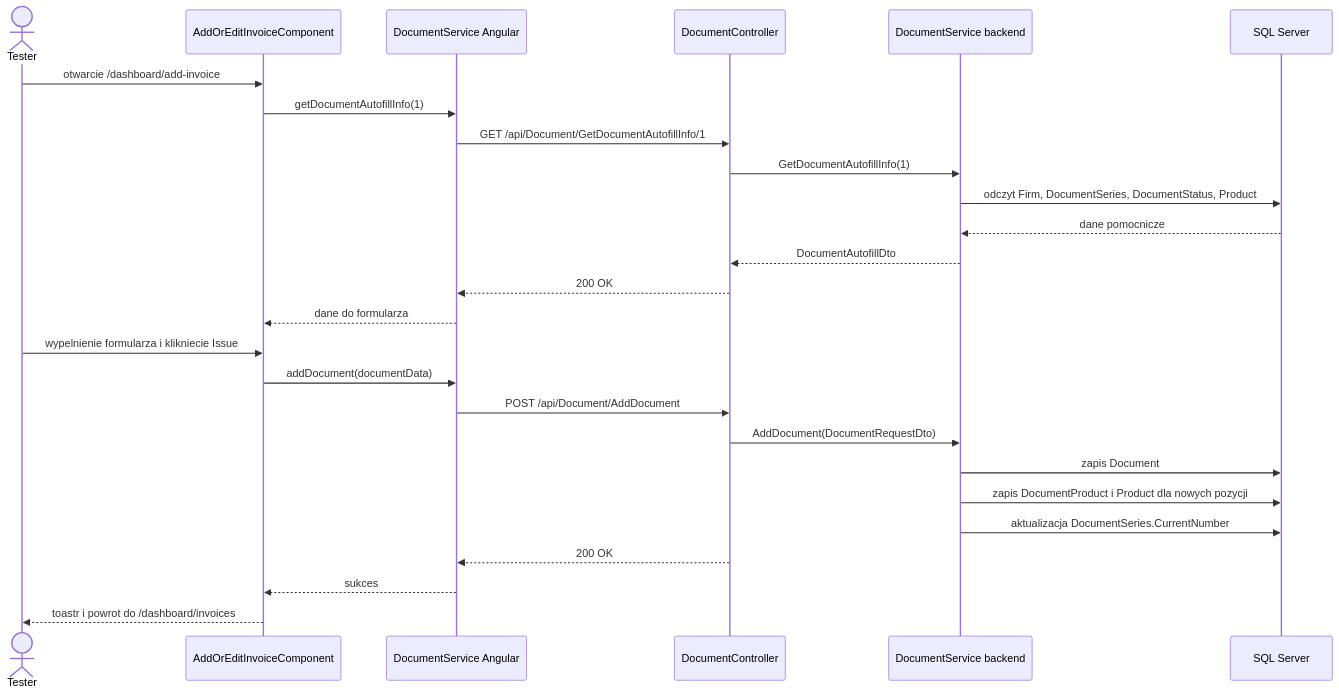
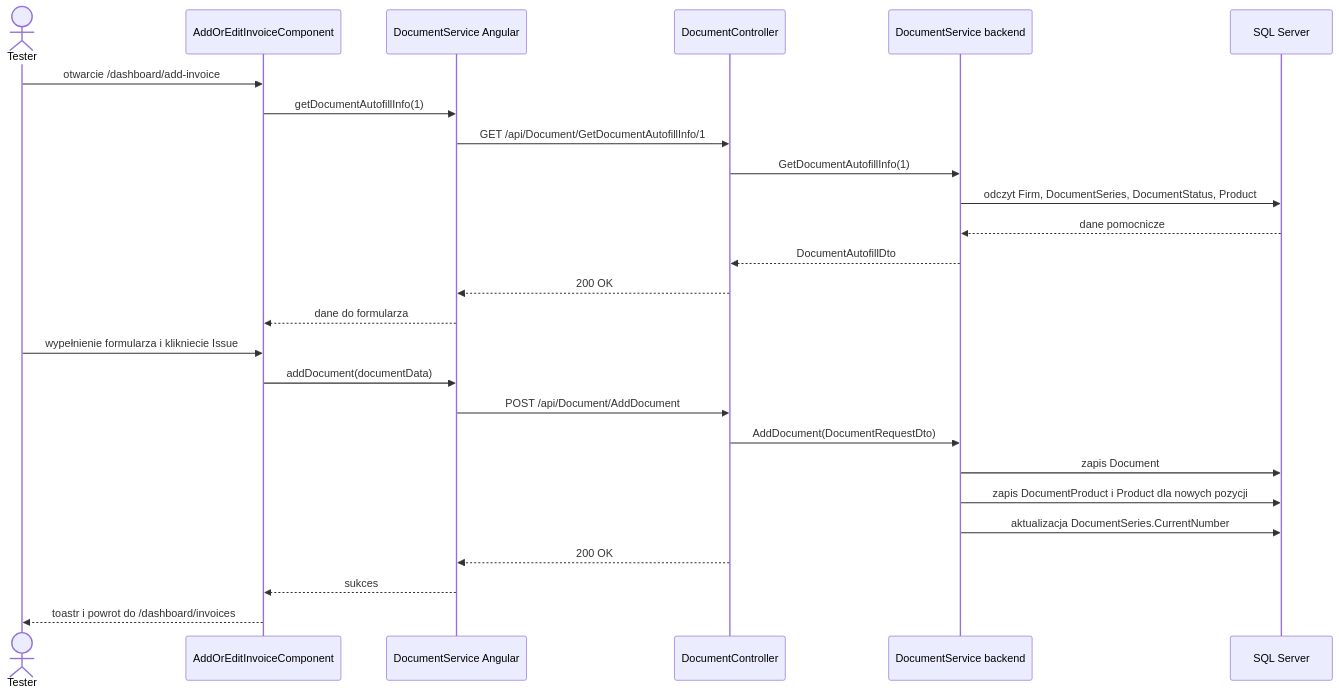
Before and after one commit to zyqpp/InvoiceJet: the diagram in docs/aos/application/flows/A-05_IssueNewInvoice/01_PRZEGLAD_END_TO_END.md, drawn with Mermaid. The commit also changed other lines of this file and 75 other files, not shown here.

````diff
--- a/docs/aos/application/flows/A-05_IssueNewInvoice/01_PRZEGLAD_END_TO_END.md
+++ b/docs/aos/application/flows/A-05_IssueNewInvoice/01_PRZEGLAD_END_TO_END.md
@@ -9,29 +9,29 @@
 ```mermaid
 sequenceDiagram
   actor Tester
   participant UI as AddOrEditInvoiceComponent
   participant FS as DocumentService Angular
   participant API as DocumentController
   participant BS as DocumentService backend
   participant DB as SQL Server
 
   Tester->>UI: otwarcie /dashboard/add-invoice
   UI->>FS: getDocumentAutofillInfo(1)
   FS->>API: GET /api/Document/GetDocumentAutofillInfo/1
   API->>BS: GetDocumentAutofillInfo(1)
   BS->>DB: odczyt Firm, DocumentSeries, DocumentStatus, Product
   DB-->>BS: dane pomocnicze
   BS-->>API: DocumentAutofillDto
   API-->>FS: 200 OK
   FS-->>UI: dane do formularza
-  Tester->>UI: wypelnienie formularza i klikniecie Issue
+  Tester->>UI: wypełnienie formularza i klikniecie Issue
   UI->>FS: addDocument(documentData)
   FS->>API: POST /api/Document/AddDocument
   API->>BS: AddDocument(DocumentRequestDto)
   BS->>DB: zapis Document
   BS->>DB: zapis DocumentProduct i Product dla nowych pozycji
   BS->>DB: aktualizacja DocumentSeries.CurrentNumber
   API-->>FS: 200 OK
   FS-->>UI: sukces
   UI-->>Tester: toastr i powrot do /dashboard/invoices
 ```
````
